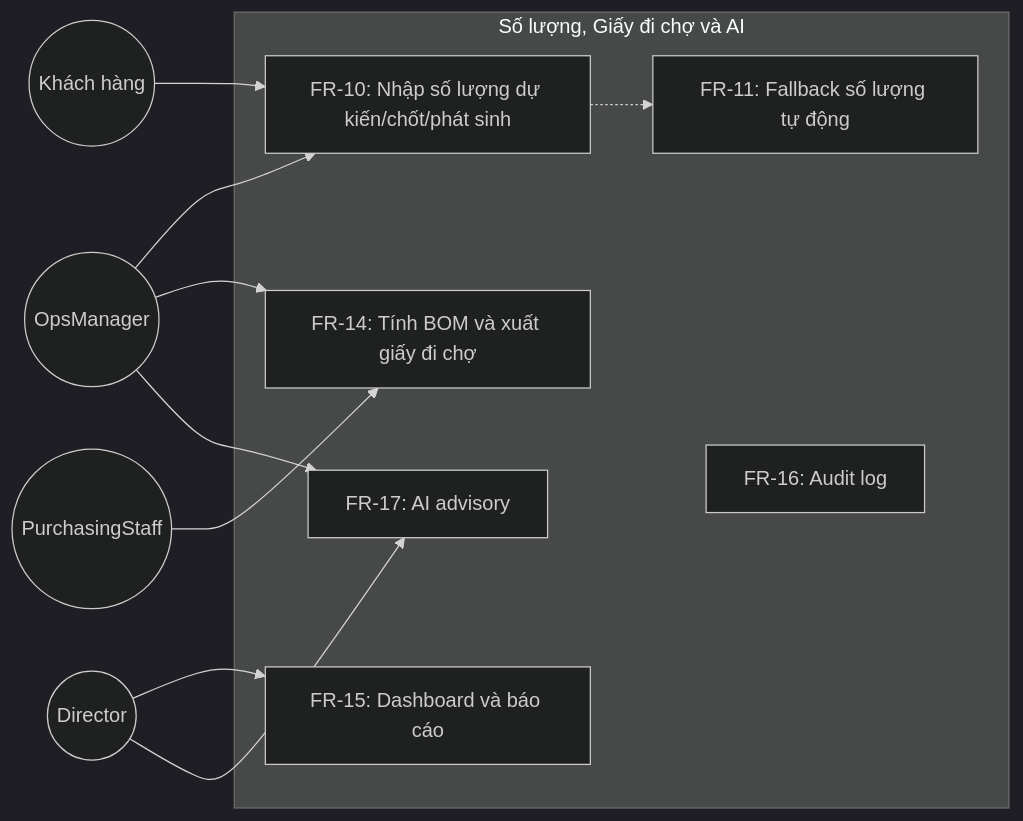
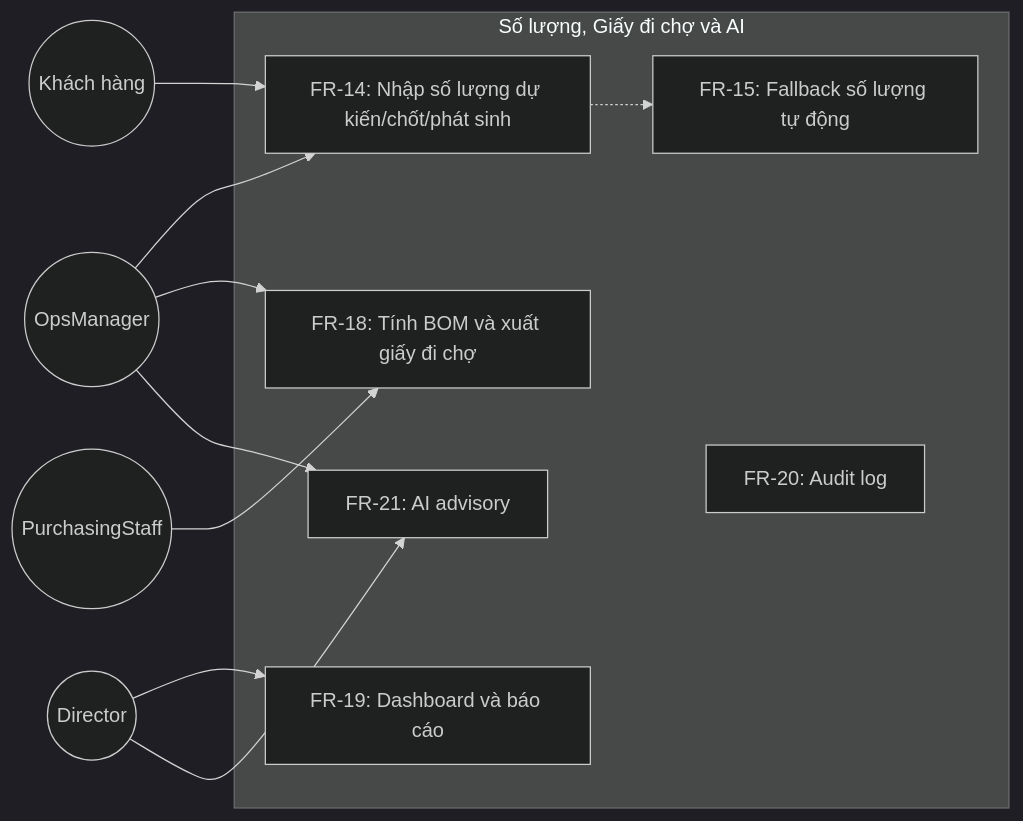
One commit to quanptatb/OmniBizAI changed the third of 8 diagrams in docs/02-Academic-Report.md. Above: the diagram before and after it, drawn with Mermaid (dark theme). The commit also changed other lines of this file and 7 other files, not shown here.

````diff
--- a/docs/02-Academic-Report.md
+++ b/docs/02-Academic-Report.md
@@ -349,25 +375,25 @@
 ```mermaid
 graph LR
     Ops2((OpsManager))
     PUR((PurchasingStaff))
     Dir2((Director))
     Cust2(("Khách hàng"))
 
     subgraph "Số lượng, Giấy đi chợ và AI"
-        UC10["FR-10: Nhập số lượng dự kiến/chốt/phát sinh"]
-        UC11["FR-11: Fallback số lượng tự động"]
-        UC14["FR-14: Tính BOM và xuất giấy đi chợ"]
-        UC15["FR-15: Dashboard và báo cáo"]
-        UC16["FR-16: Audit log"]
-        UC17["FR-17: AI advisory"]
+        UC14["FR-14: Nhập số lượng dự kiến/chốt/phát sinh"]
+        UC15["FR-15: Fallback số lượng tự động"]
+        UC18["FR-18: Tính BOM và xuất giấy đi chợ"]
+        UC19["FR-19: Dashboard và báo cáo"]
+        UC20["FR-20: Audit log"]
+        UC21["FR-21: AI advisory"]
     end
 
-    Cust2 --> UC10
-    Ops2 --> UC10
-    UC10 -.-> UC11
+    Cust2 --> UC14
     Ops2 --> UC14
-    PUR --> UC14
-    Dir2 --> UC15
-    Dir2 --> UC17
-    Ops2 --> UC17
+    UC14 -.-> UC15
+    Ops2 --> UC18
+    PUR --> UC18
+    Dir2 --> UC19
+    Dir2 --> UC21
+    Ops2 --> UC21
 ```
````
